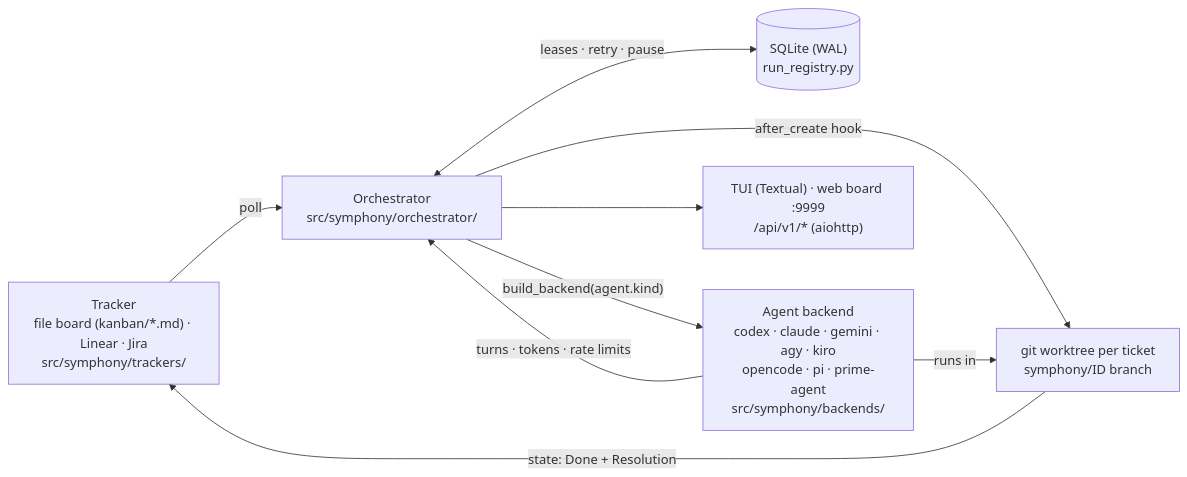
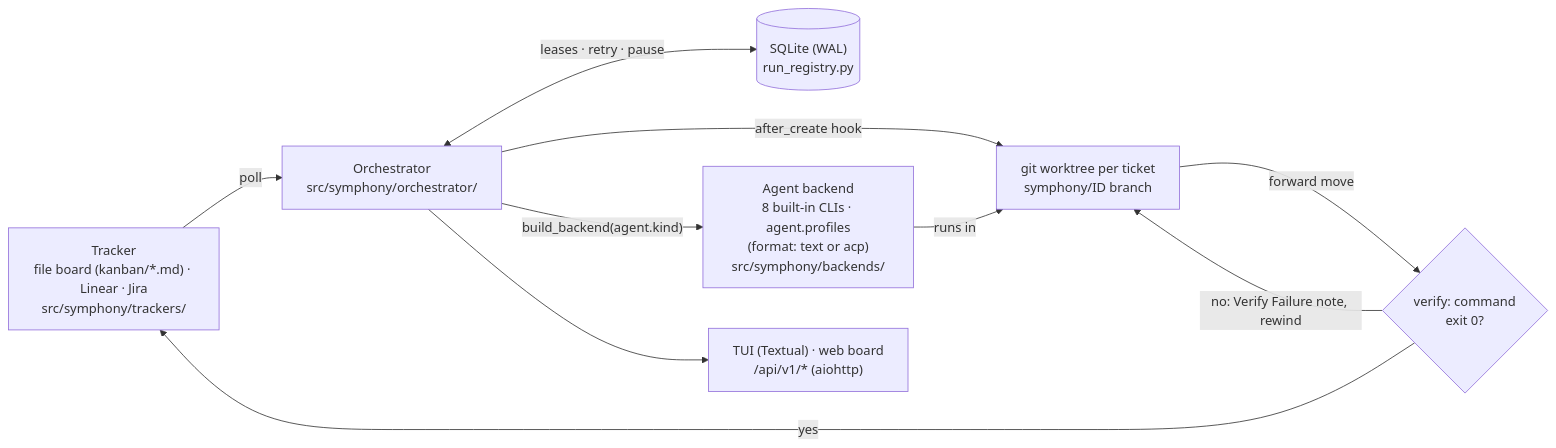
Before and after one commit to cskwork/oh-my-symphony: the diagram in README.md, drawn with Mermaid. The commit also changed other lines of this file and 8 other files, not shown here.

First line of the commit message:
docs: lean and easy quickstart, verify gates, ACP and optional components

````diff
--- a/README.md
+++ b/README.md
@@ -31,11 +32,12 @@
 ```mermaid
 flowchart LR
   B["Tracker<br/>file board (kanban/*.md) · Linear · Jira<br/>src/symphony/trackers/"] -->|poll| O["Orchestrator<br/>src/symphony/orchestrator/"]
   O <-->|"leases · retry · pause"| R[("SQLite (WAL)<br/>run_registry.py")]
   O -->|"after_create hook"| W["git worktree per ticket<br/>symphony/ID branch"]
-  O -->|"build_backend(agent.kind)"| A["Agent backend<br/>codex · claude · gemini · agy · kiro<br/>opencode · pi · prime-agent<br/>src/symphony/backends/"]
+  O -->|"build_backend(agent.kind)"| A["Agent backend<br/>8 built-in CLIs · agent.profiles<br/>(format: text or acp)<br/>src/symphony/backends/"]
   A -->|runs in| W
-  A -->|"turns · tokens · rate limits"| O
-  W -->|"state: Done + Resolution"| B
-  O --> UI["TUI (Textual) · web board :9999<br/>/api/v1/* (aiohttp)"]
+  W -->|"forward move"| V{"verify: command<br/>exit 0?"}
+  V -->|"yes"| B
+  V -->|"no: Verify Failure note, rewind"| W
+  O --> UI["TUI (Textual) · web board<br/>/api/v1/* (aiohttp)"]
 ```
````
